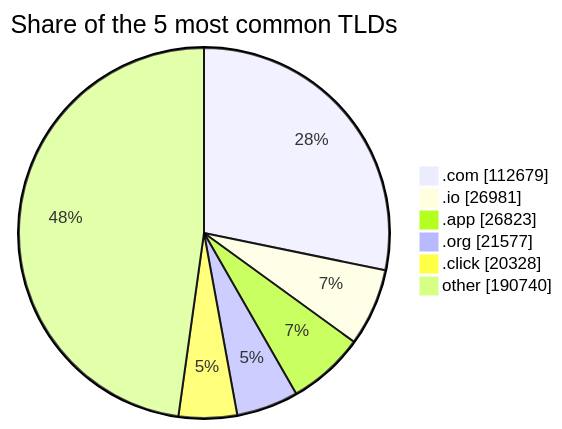
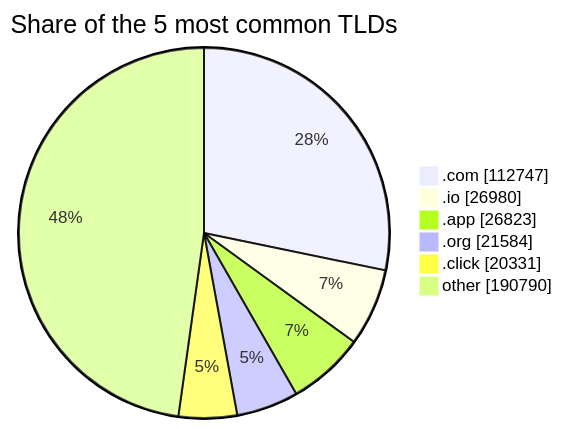
The third of 3 diagrams in README.md (DNSBunker/CTI), drawn with Mermaid before and after one commit. The commit also changed other lines of this file and 3 other files, not shown here.

````diff
--- a/README.md
+++ b/README.md
@@ -81,9 +81,9 @@
 ```mermaid
 pie showData title Share of the 5 most common TLDs
-    ".com" : 112679
-    ".io" : 26981
+    ".com" : 112747
+    ".io" : 26980
     ".app" : 26823
-    ".org" : 21577
-    ".click" : 20328
-    "other" : 190740
+    ".org" : 21584
+    ".click" : 20331
+    "other" : 190790
 ```
````
